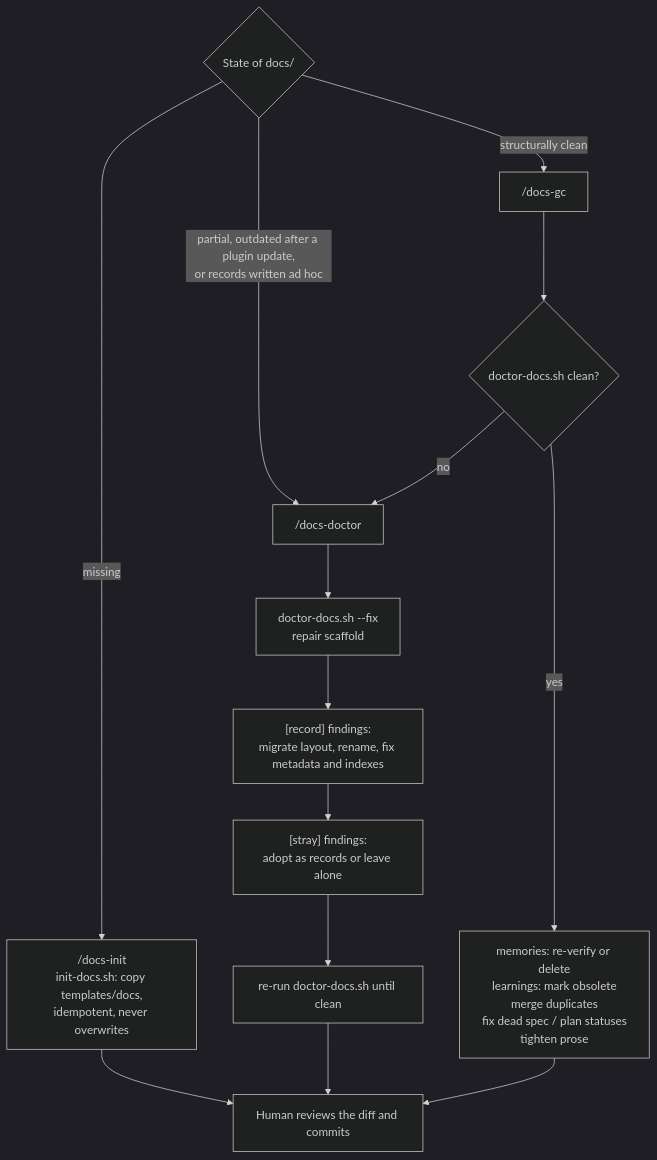
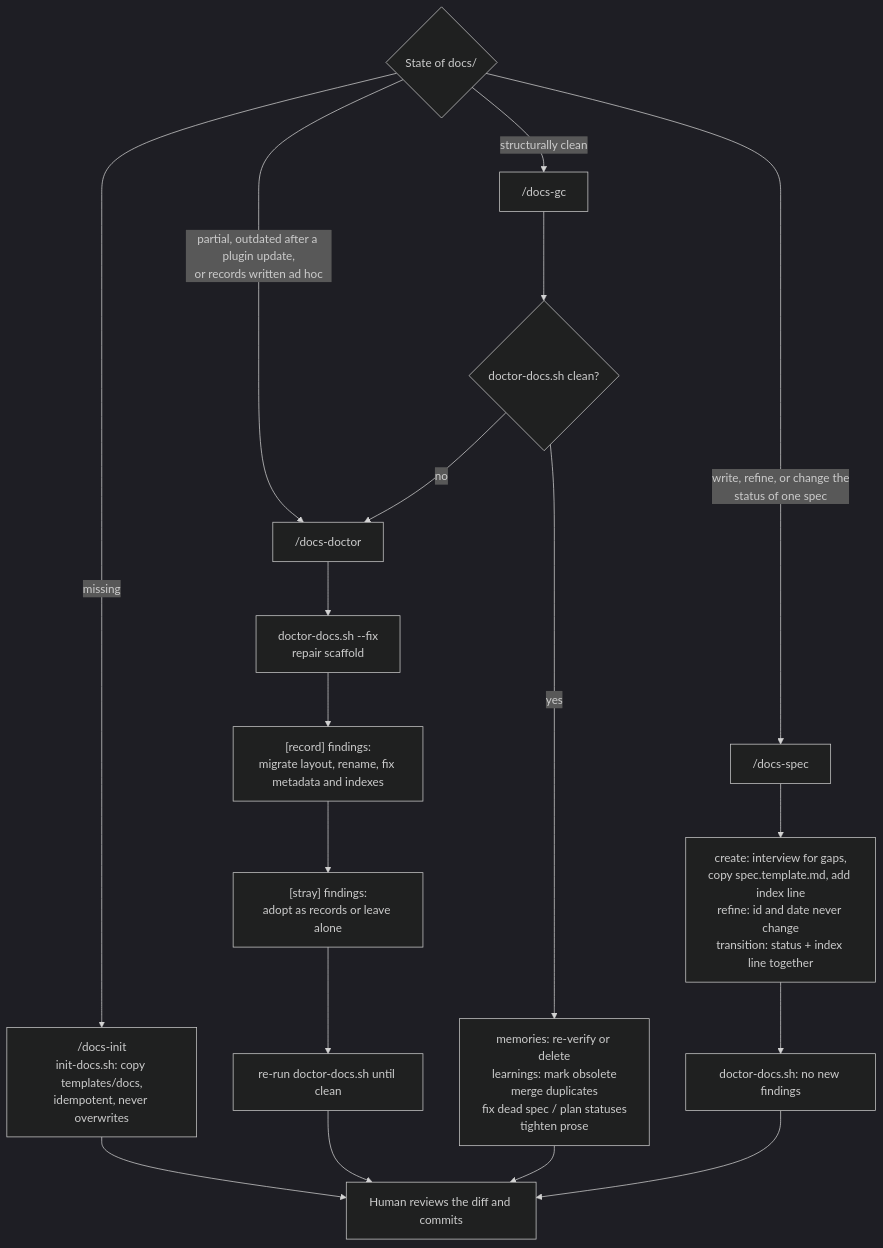
One commit to rochar/stella.agentic.workflow changed the ninth of 9 diagrams in stella-agentic-workflow-docs.md. Above: the diagram before and after it, drawn with Mermaid (dark theme). The commit also changed other lines of this file and 8 other files, not shown here.

First line of the commit message:
Add docs-spec skill to create and manage spec records

````diff
--- a/stella-agentic-workflow-docs.md
+++ b/stella-agentic-workflow-docs.md
@@ -221,19 +225,24 @@
 ```mermaid
 flowchart TD
     START{"State of docs/"} -- "missing" --> INIT["/docs-init<br/>init-docs.sh: copy templates/docs,<br/>idempotent, never overwrites"]
     START -- "partial, outdated after a plugin update,<br/>or records written ad hoc" --> DOC
     START -- "structurally clean" --> GC
+    START -- "write, refine, or change the<br/>status of one spec" --> SP
 
     DOC["/docs-doctor"] --> D1["doctor-docs.sh --fix<br/>repair scaffold"]
     D1 --> D2["[record] findings:<br/>migrate layout, rename, fix metadata and indexes"]
     D2 --> D3["[stray] findings:<br/>adopt as records or leave alone"]
     D3 --> D4["re-run doctor-docs.sh until clean"]
 
     GC["/docs-gc"] --> G0{"doctor-docs.sh clean?"}
     G0 -- no --> DOC
     G0 -- yes --> G1["memories: re-verify or delete<br/>learnings: mark obsolete<br/>merge duplicates<br/>fix dead spec / plan statuses<br/>tighten prose"]
 
     INIT --> REVIEW["Human reviews the diff and commits"]
     D4 --> REVIEW
     G1 --> REVIEW
+
+    SP["/docs-spec"] --> S1["create: interview for gaps,<br/>copy spec.template.md, add index line<br/>refine: id and date never change<br/>transition: status + index line together"]
+    S1 --> S2["doctor-docs.sh: no new findings"]
+    S2 --> REVIEW
 ```
````
